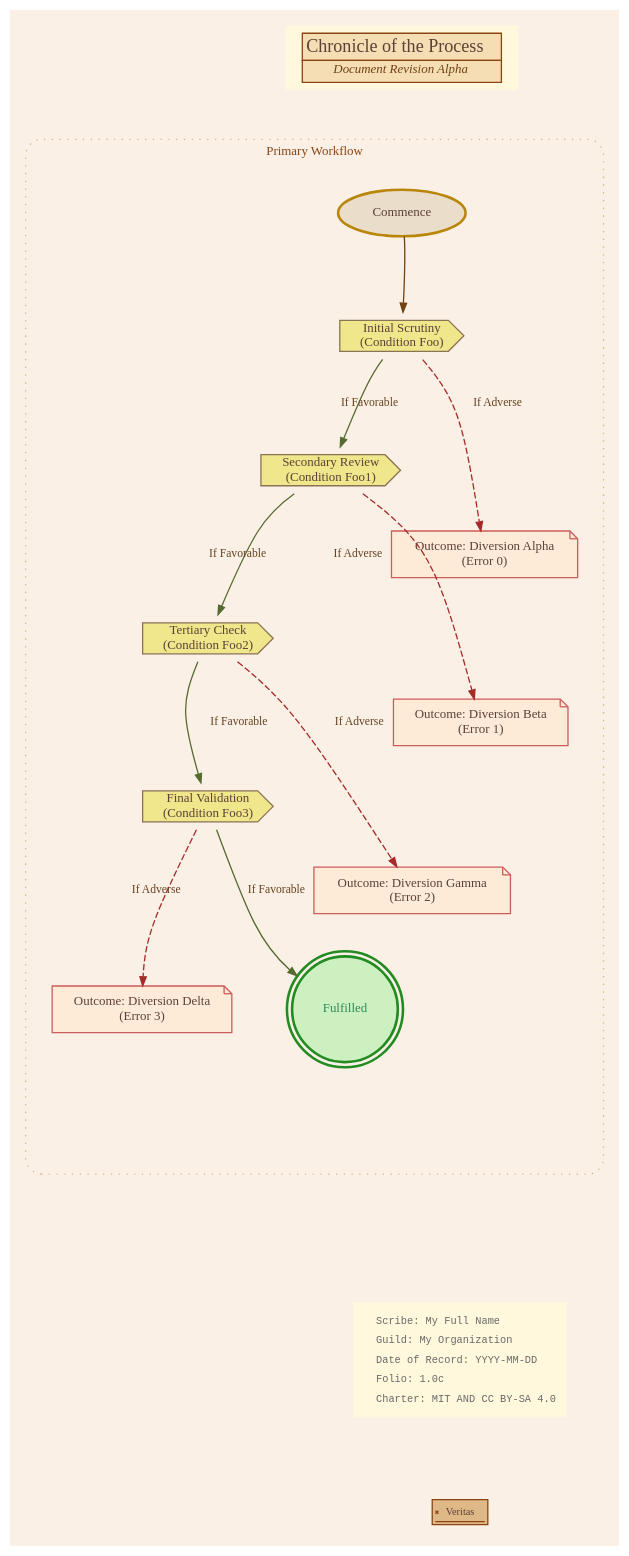
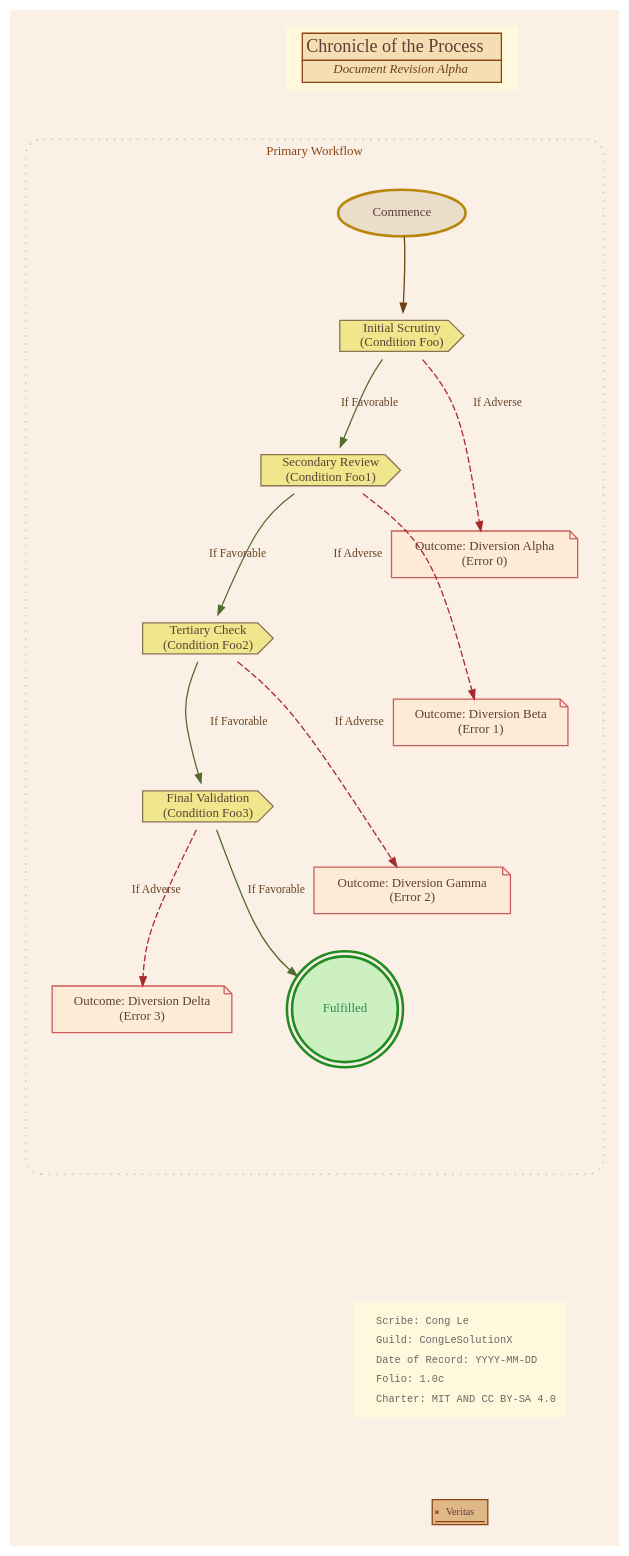
Before and after one commit to CongLeSolutionX/The-Language-Atlas: the first of 2 diagrams in regions/DOT_language/style_templates/Vintage_Parchment_Old_Manuscript_Style.md, drawn with Graphviz.

Commit message:
update notes

```diff
--- a/regions/DOT_language/style_templates/Vintage_Parchment_Old_Manuscript_Style.md
+++ b/regions/DOT_language/style_templates/Vintage_Parchment_Old_Manuscript_Style.md
@@ -164,8 +164,10 @@
             fontcolor="#696969", // DimGray
             label=<
                 <TABLE BORDER="0" CELLPADDING="2">
-                <TR><TD ALIGN="LEFT">Scribe: My Full Name</TD></TR>
-                <TR><TD ALIGN="LEFT">Guild: My Organization</TD></TR>
+                <!-- <TR><TD ALIGN="LEFT">Scribe: My Full Name</TD></TR> -->
+                <!-- <TR><TD ALIGN="LEFT">Guild: My Organization</TD></TR> -->
+                <TR><TD ALIGN="LEFT">Scribe: Cong Le</TD></TR>
+                <TR><TD ALIGN="LEFT">Guild: CongLeSolutionX</TD></TR>
                 <TR><TD ALIGN="LEFT">Date of Record: YYYY-MM-DD</TD></TR>
                 <TR><TD ALIGN="LEFT">Folio: 1.0c</TD></TR>
                 <TR><TD ALIGN="LEFT">Charter: MIT AND CC BY-SA 4.0</TD></TR>
```
